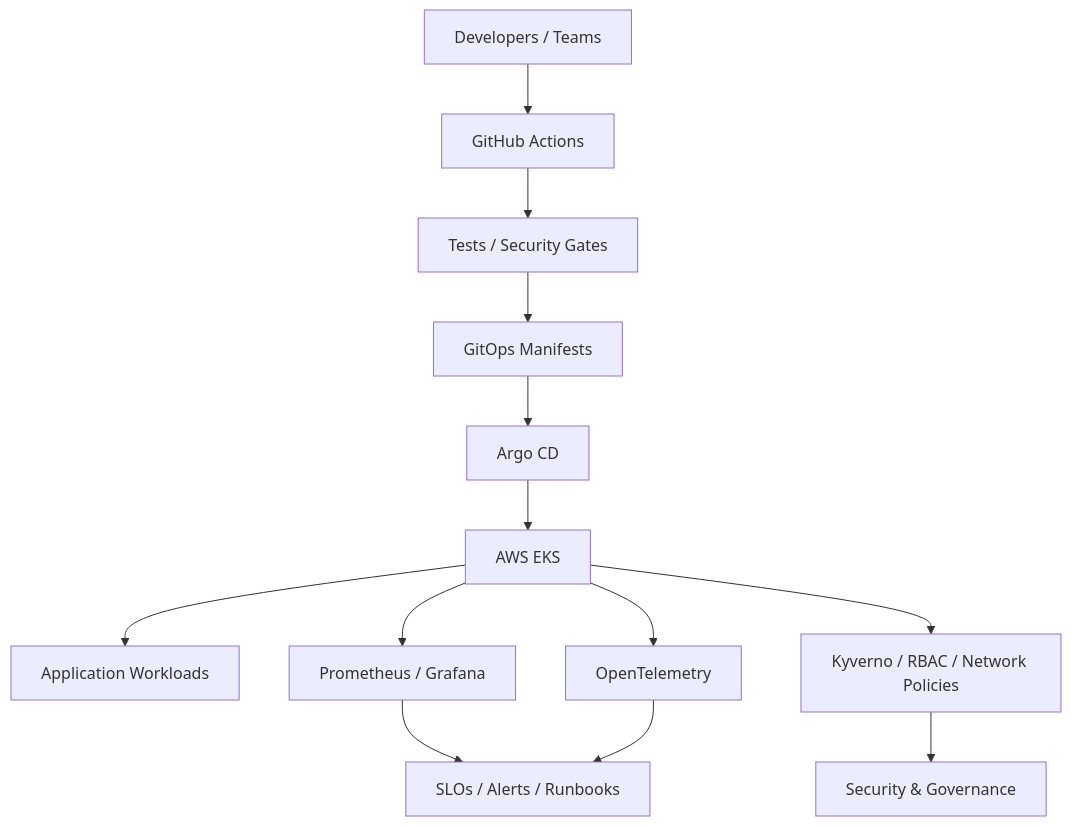
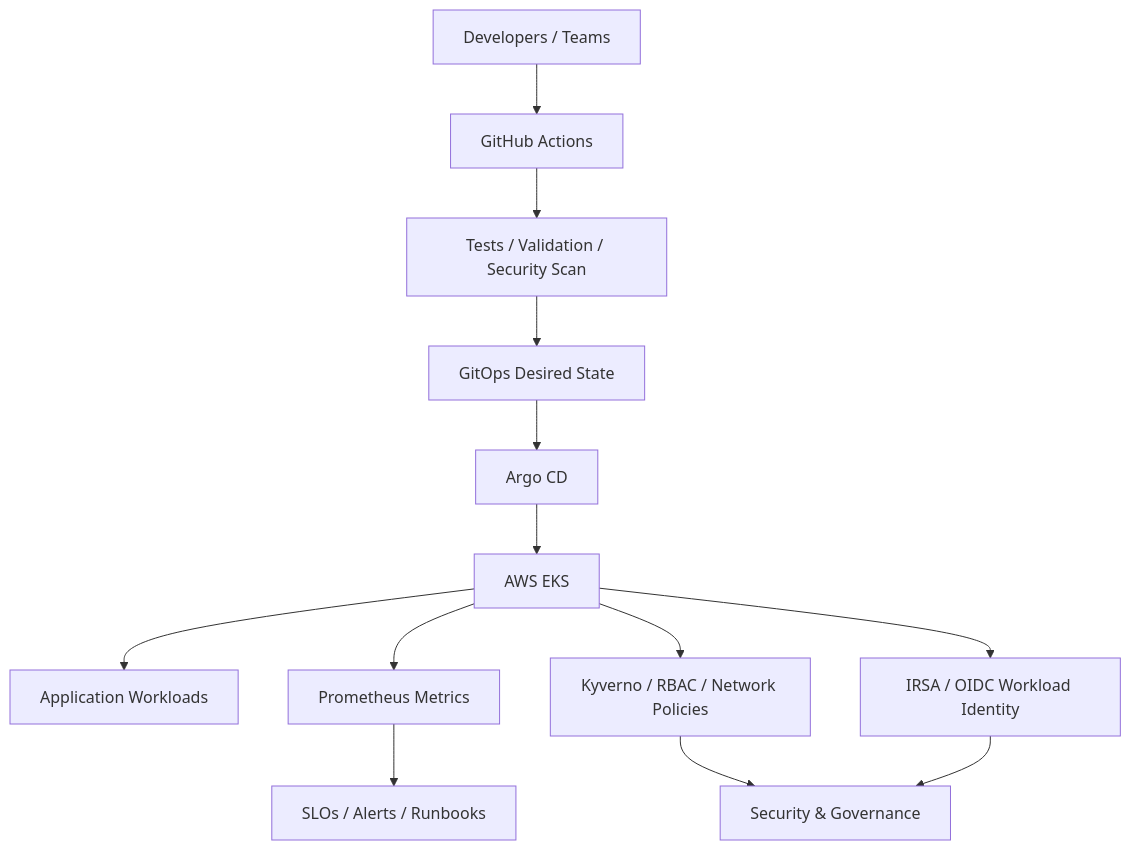
The diagram in README.md (obinna-obika-devops/cloud-platform-engineering), drawn with Mermaid before and after one commit. The commit also changed other lines of this file, not shown here.

````diff
--- a/README.md
+++ b/README.md
@@ -18,15 +18,15 @@
 ```mermaid
 flowchart TD
     A[Developers / Teams] --> B[GitHub Actions]
-    B --> C[Tests / Security Gates]
-    C --> D[GitOps Manifests]
+    B --> C[Tests / Validation / Security Scan]
+    C --> D[GitOps Desired State]
     D --> E[Argo CD]
     E --> F[AWS EKS]
     F --> G[Application Workloads]
-    F --> H[Prometheus / Grafana]
-    F --> I[OpenTelemetry]
-    F --> J[Kyverno / RBAC / Network Policies]
+    F --> H[Prometheus Metrics]
+    F --> I[Kyverno / RBAC / Network Policies]
+    F --> J[IRSA / OIDC Workload Identity]
     H --> K[SLOs / Alerts / Runbooks]
-    I --> K
-    J --> L[Security & Governance]
+    I --> L[Security & Governance]
+    J --> L
 ```
````
